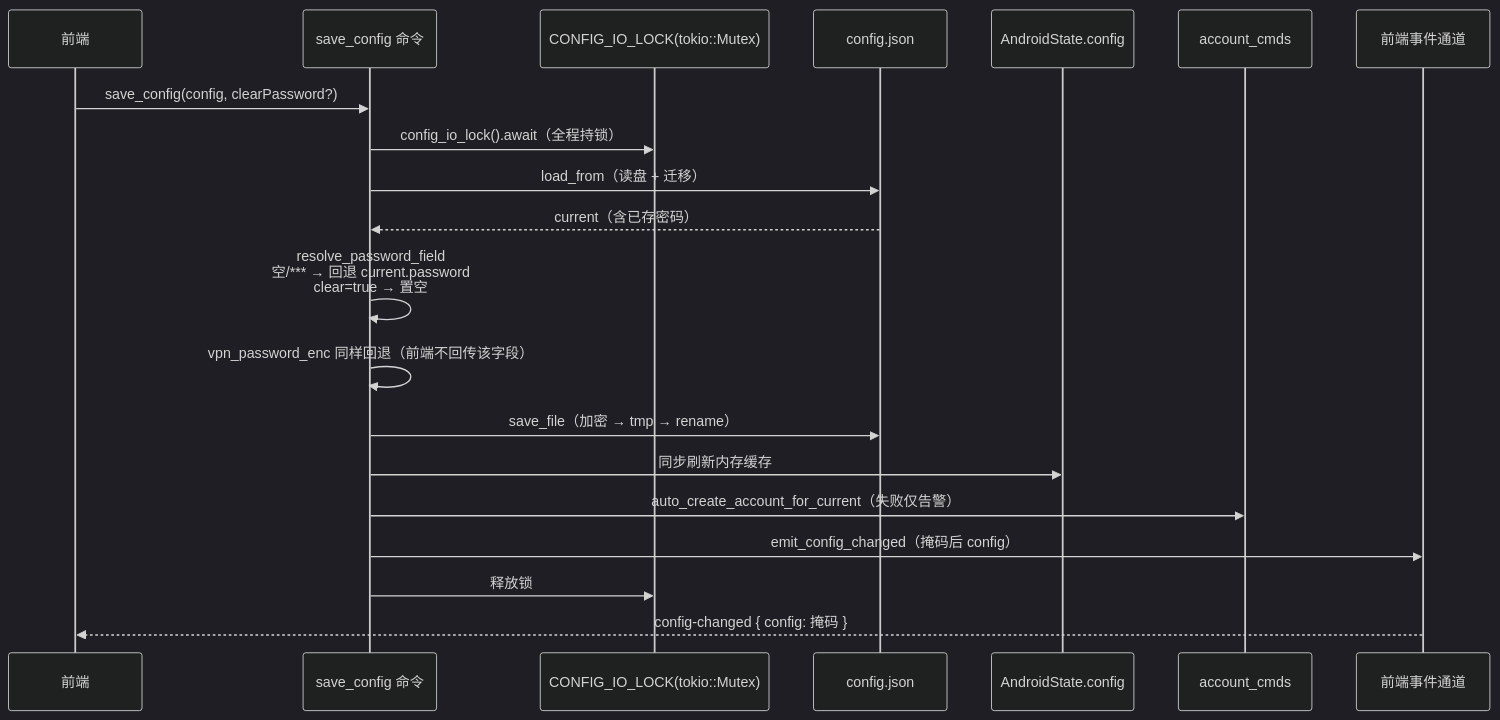
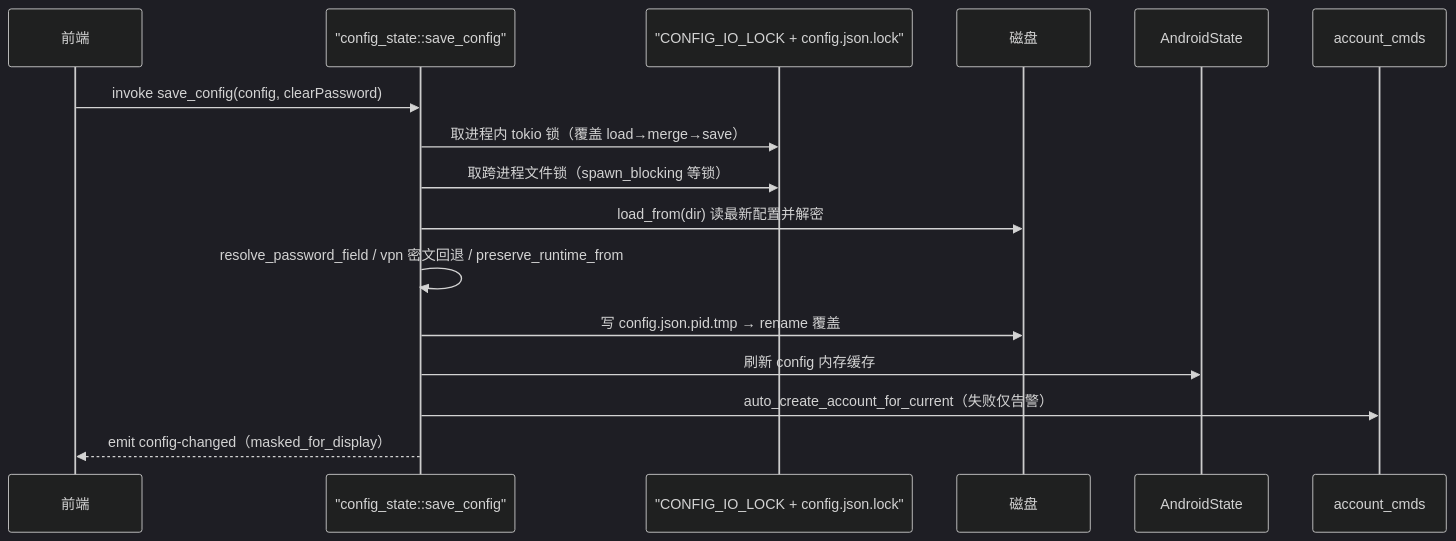
Before and after one commit to ikliml666/Wxxy-CampusLogin: the second of 5 diagrams in .codewiki/modules/android-backend-tauri-state-storage.md, drawn with Mermaid (dark theme). The commit also changed other lines of this file and 34 other files, not shown here.

````diff
--- a/.codewiki/modules/android-backend-tauri-state-storage.md
+++ b/.codewiki/modules/android-backend-tauri-state-storage.md
@@ -131,23 +151,19 @@
 ```mermaid
 sequenceDiagram
     participant FE as 前端
-    participant CMD as save_config 命令
-    participant LOCK as CONFIG_IO_LOCK(tokio::Mutex)
-    participant DISK as config.json
-    participant ST as AndroidState.config
-    participant ACCT as account_cmds
-    participant EVT as 前端事件通道
+    participant CMD as "config_state::save_config"
+    participant LK as "CONFIG_IO_LOCK + config.json.lock"
+    participant FS as 磁盘
+    participant ST as AndroidState
+    participant ACC as account_cmds
 
-    FE->>CMD: save_config(config, clearPassword?)
-    CMD->>LOCK: config_io_lock().await（全程持锁）
-    CMD->>DISK: load_from（读盘 + 迁移）
-    DISK-->>CMD: current（含已存密码）
-    CMD->>CMD: resolve_password_field<br/>空/*** → 回退 current.password<br/>clear=true → 置空
-    CMD->>CMD: vpn_password_enc 同样回退（前端不回传该字段）
-    CMD->>DISK: save_file（加密 → tmp → rename）
-    CMD->>ST: 同步刷新内存缓存
-    CMD->>ACCT: auto_create_account_for_current（失败仅告警）
-    CMD->>EVT: emit_config_changed（掩码后 config）
-    CMD->>LOCK: 释放锁
-    EVT-->>FE: config-changed { config: 掩码 }
+    FE->>CMD: invoke save_config(config, clearPassword)
+    CMD->>LK: 取进程内 tokio 锁（覆盖 load→merge→save）
+    CMD->>LK: 取跨进程文件锁（spawn_blocking 等锁）
+    CMD->>FS: load_from(dir) 读最新配置并解密
+    CMD->>CMD: resolve_password_field / vpn 密文回退 / preserve_runtime_from
+    CMD->>FS: 写 config.json.pid.tmp → rename 覆盖
+    CMD->>ST: 刷新 config 内存缓存
+    CMD->>ACC: auto_create_account_for_current（失败仅告警）
+    CMD-->>FE: emit config-changed（masked_for_display）
 ```
````
